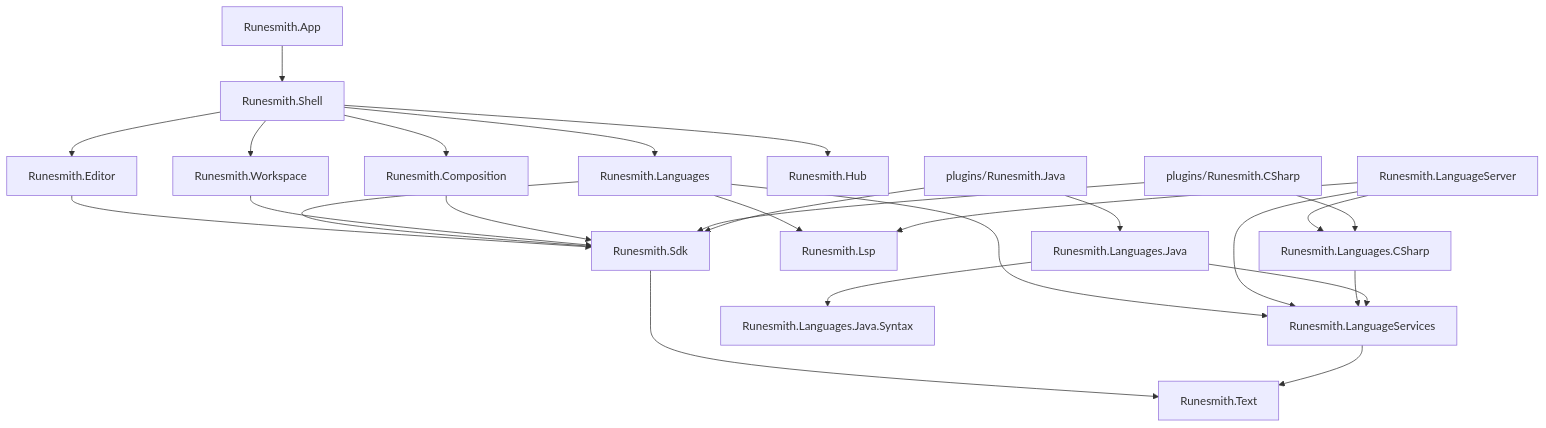
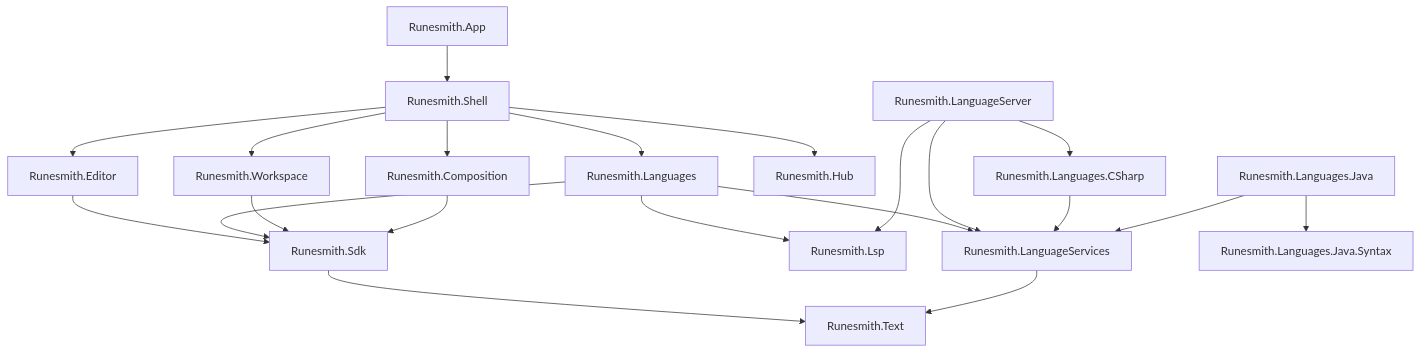
One commit to RunesmithHub/Runesmith changed the diagram in website/content/developers/projects.mdx. Above: the diagram before and after it, drawn with Mermaid. The commit also changed other lines of this file and 27 other files, not shown here.

````diff
--- a/website/content/developers/projects.mdx
+++ b/website/content/developers/projects.mdx
@@ -31,27 +40,23 @@
 ```mermaid
 graph TD
   App[Runesmith.App] --> Shell[Runesmith.Shell]
   Shell --> Editor[Runesmith.Editor]
   Shell --> Languages[Runesmith.Languages]
   Shell --> Workspace[Runesmith.Workspace]
   Shell --> Composition[Runesmith.Composition]
   Shell --> Hub[Runesmith.Hub]
   Editor --> Sdk[Runesmith.Sdk]
   Languages --> Sdk
   Languages --> Lsp[Runesmith.Lsp]
   Languages --> LanguageServices[Runesmith.LanguageServices]
   LanguageServer[Runesmith.LanguageServer] --> LanguageServices
   LanguageServer --> Lsp
   LanguageServer --> CSharpAnalyzer
   Workspace --> Sdk
   Composition --> Sdk
   Sdk --> Text[Runesmith.Text]
   LanguageServices --> Text
-  CSharp[plugins/Runesmith.CSharp] --> Sdk
-  CSharp --> CSharpAnalyzer[Runesmith.Languages.CSharp]
-  CSharpAnalyzer --> LanguageServices
-  Java[plugins/Runesmith.Java] --> Sdk
-  Java --> JavaAnalyzer[Runesmith.Languages.Java]
-  JavaAnalyzer --> JavaSyntax[Runesmith.Languages.Java.Syntax]
+  CSharpAnalyzer[Runesmith.Languages.CSharp] --> LanguageServices
+  JavaAnalyzer[Runesmith.Languages.Java] --> JavaSyntax[Runesmith.Languages.Java.Syntax]
   JavaAnalyzer --> LanguageServices
 ```
````
